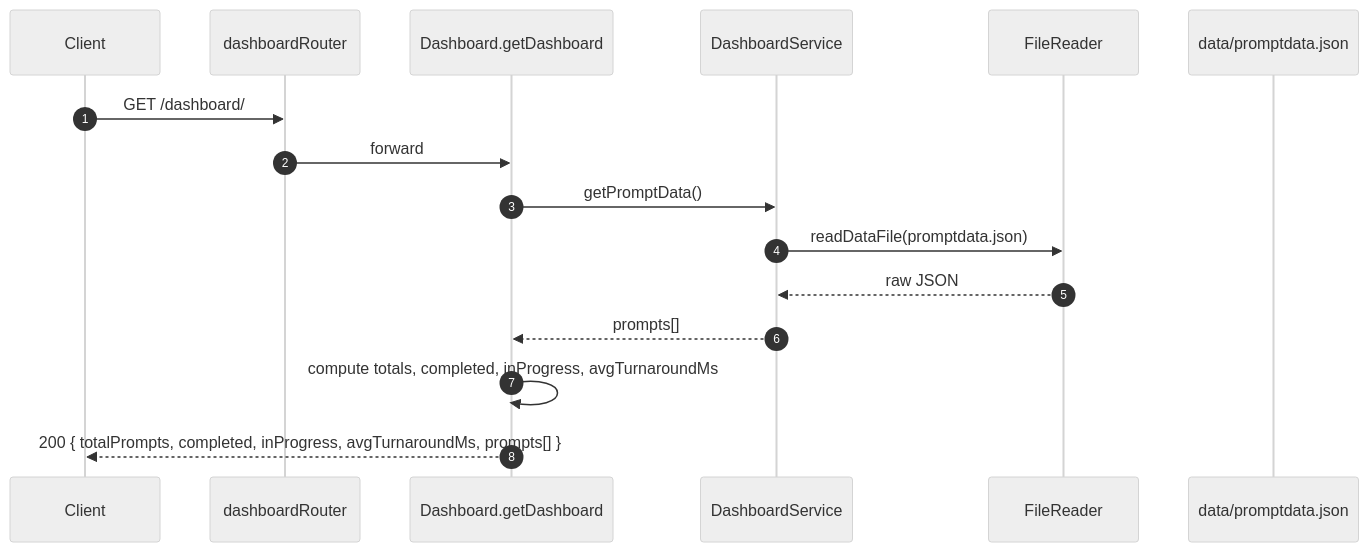
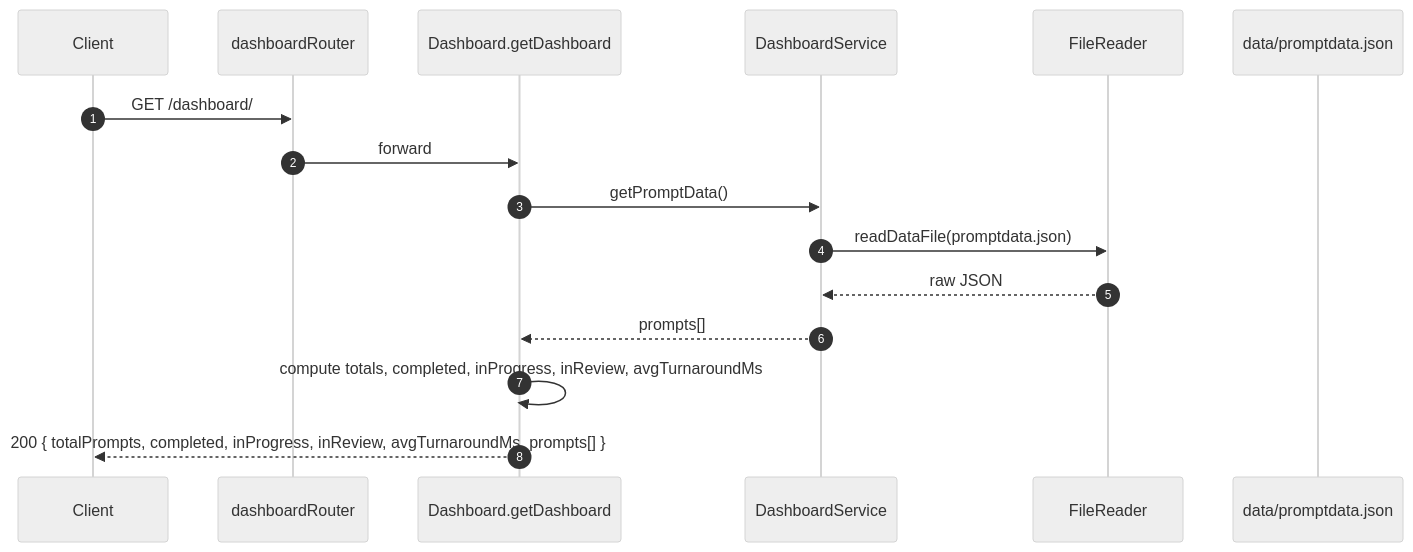
Before and after one commit to iamcasperwein/testcase-analysis-and-generator: the ninth of 17 diagrams in README.md, drawn with Mermaid (neutral theme). The commit also changed other lines of this file and 10 other files, not shown here.

````diff
--- a/README.md
+++ b/README.md
@@ -753,19 +768,19 @@
 ```mermaid
 sequenceDiagram
     autonumber
     participant Client
     participant Router as dashboardRouter
     participant Ctrl as Dashboard.getDashboard
     participant Svc as DashboardService
     participant FR as FileReader
     participant FS as data/promptdata.json
 
     Client->>Router: GET /dashboard/
     Router->>Ctrl: forward
     Ctrl->>Svc: getPromptData()
     Svc->>FR: readDataFile(promptdata.json)
     FR-->>Svc: raw JSON
     Svc-->>Ctrl: prompts[]
-    Ctrl->>Ctrl: compute totals, completed, inProgress, avgTurnaroundMs
-    Ctrl-->>Client: 200 { totalPrompts, completed, inProgress, avgTurnaroundMs, prompts[] }
+    Ctrl->>Ctrl: compute totals, completed, inProgress, inReview, avgTurnaroundMs
+    Ctrl-->>Client: 200 { totalPrompts, completed, inProgress, inReview, avgTurnaroundMs, prompts[] }
 ```
````
